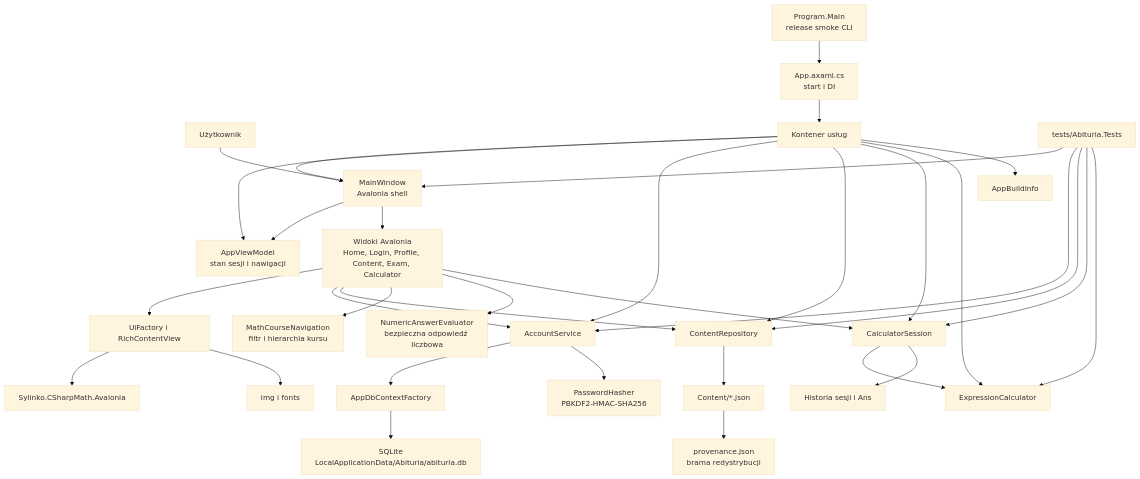
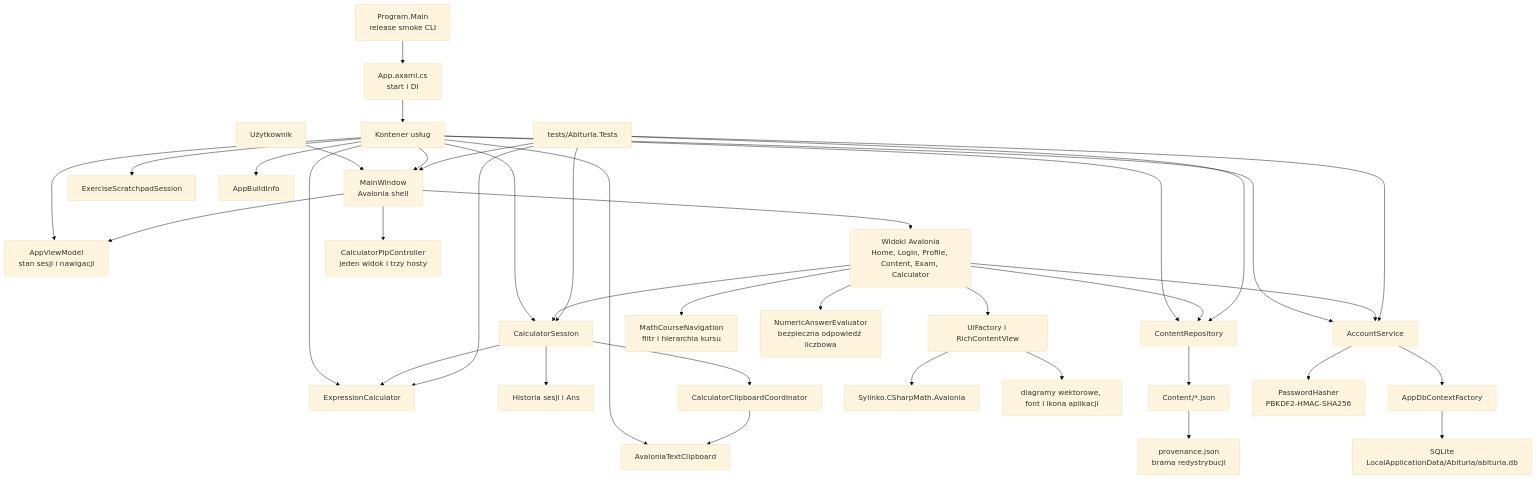
One commit to haribo841/Abituria changed the diagram in docs/ARCHITECTURE.md. Above: the diagram before and after it, drawn with Mermaid (base theme). The commit also changed other lines of this file and 32 other files, not shown here.

First line of the commit message:
feat: add calculator PiP clipboard workflow

````diff
--- a/docs/ARCHITECTURE.md
+++ b/docs/ARCHITECTURE.md
@@ -23,41 +23,46 @@
 ```mermaid
 flowchart TB
     User["Użytkownik"] --> Window["MainWindow<br/>Avalonia shell"]
 
     App["App.axaml.cs<br/>start i DI"] --> Services["Kontener usług"]
     Cli["Program.Main<br/>release smoke CLI"] --> App
     Services --> Window
     Services --> ViewModel["AppViewModel<br/>stan sesji i nawigacji"]
     Services --> Accounts["AccountService"]
     Services --> Content["ContentRepository"]
     Services --> CalculatorSession["CalculatorSession"]
     Services --> ExpressionCalculator["ExpressionCalculator"]
+    Services --> Clipboard["AvaloniaTextClipboard"]
+    Services --> Scratchpads["ExerciseScratchpadSession"]
     Services --> BuildInfo["AppBuildInfo"]
 
     Window --> ViewModel
     Window --> Views["Widoki Avalonia<br/>Home, Login, Profile, Content, Exam, Calculator"]
+    Window --> Pip["CalculatorPipController<br/>jeden widok i trzy hosty"]
     Views --> Ui["UiFactory i RichContentView"]
     Views --> Accounts
     Views --> Content
     Views --> CourseNavigation["MathCourseNavigation<br/>filtr i hierarchia kursu"]
     Views --> NumericAnswers["NumericAnswerEvaluator<br/>bezpieczna odpowiedź liczbowa"]
     Views --> CalculatorSession
 
     CalculatorSession --> ExpressionCalculator
     CalculatorSession --> CalculatorHistory["Historia sesji i Ans"]
+    CalculatorSession --> ClipboardCoordinator["CalculatorClipboardCoordinator"]
+    ClipboardCoordinator --> Clipboard
 
     Content --> Json["Content/*.json"]
     Json --> Provenance["provenance.json<br/>brama redystrybucji"]
     Ui --> Math["Sylinko.CSharpMath.Avalonia"]
-    Ui --> Assets["img i fonts"]
+    Ui --> Assets["diagramy wektorowe, font i ikona aplikacji"]
 
     Accounts --> DbFactory["AppDbContextFactory"]
     DbFactory --> SQLite["SQLite<br/>LocalApplicationData/Abituria/abituria.db"]
     Accounts --> Passwords["PasswordHasher<br/>PBKDF2-HMAC-SHA256"]
 
     Tests["tests/Abituria.Tests"] --> Window
     Tests --> Accounts
     Tests --> Content
     Tests --> CalculatorSession
     Tests --> ExpressionCalculator
 ```
````
